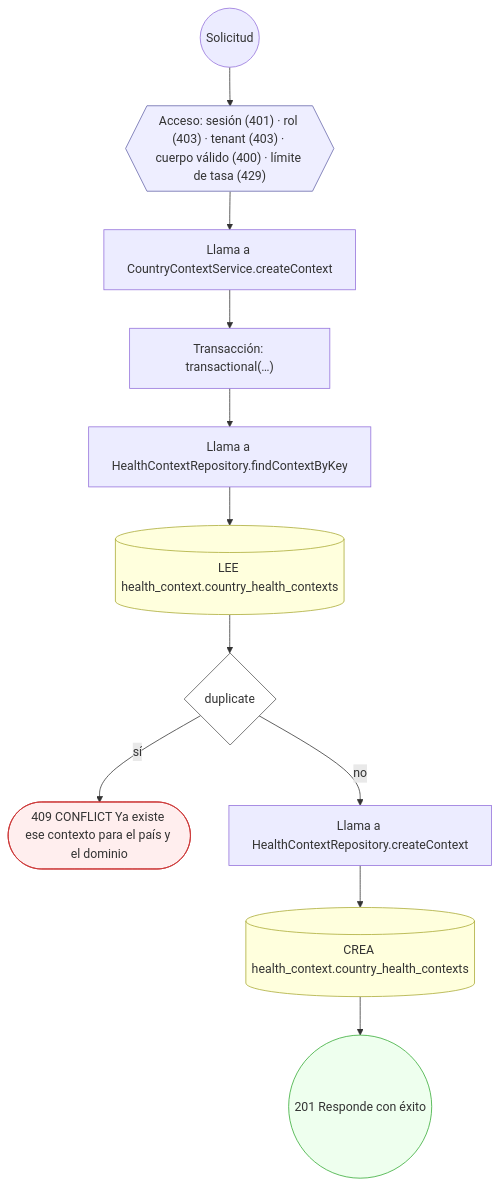
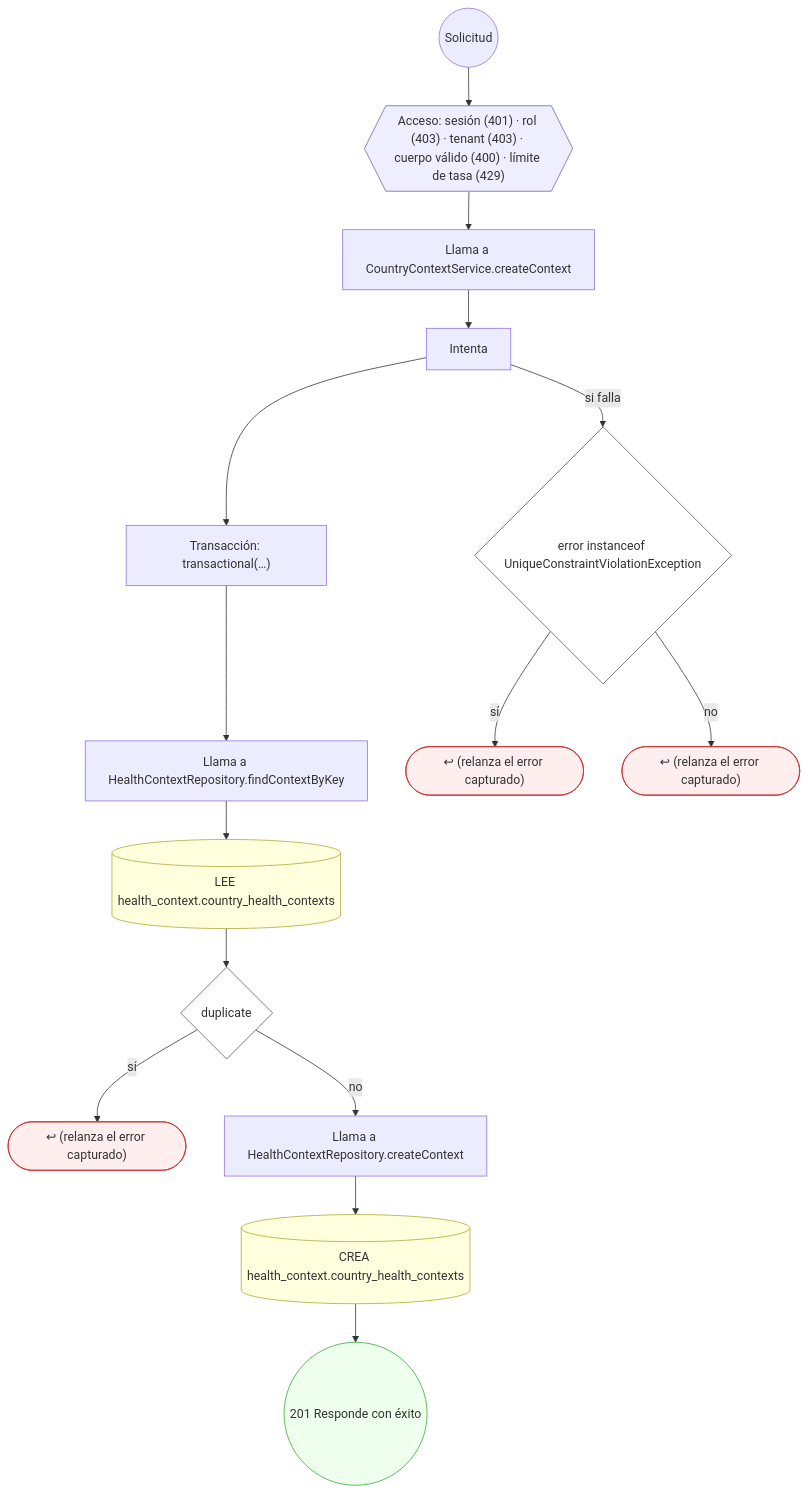
One commit to mdavila-2001/mantra-core-health-api changed the sixth of 14 diagrams in docs/inventario/flujos/health_context.md. Above: the diagram before and after it, drawn with Mermaid. The commit also changed other lines of this file and 438 other files, not shown here.

````diff
--- a/docs/inventario/flujos/health_context.md
+++ b/docs/inventario/flujos/health_context.md
@@ -428,30 +456,38 @@
 ```mermaid
 flowchart TD
   n1(("Solicitud")):::inicio
   n2{{"Acceso: sesión (401) · rol (403) · tenant (403) · cuerpo válido (400) · límite de tasa (429)"}}:::acceso
   n1 --> n2
   n3["Llama a CountryContextService.createContext"]:::llamada
   n2 --> n3
-  n4["Transacción: transactional(…)"]:::transaccion
+  n4["Intenta"]:::intento
   n3 --> n4
-  n5["Llama a HealthContextRepository.findContextByKey"]:::llamada
+  n5["Transacción: transactional(…)"]:::transaccion
   n4 --> n5
-  n6[("LEE health_context.country_health_contexts")]:::efecto
+  n6["Llama a HealthContextRepository.findContextByKey"]:::llamada
   n5 --> n6
-  n7{"duplicate"}:::decision
+  n7[("LEE health_context.country_health_contexts")]:::efecto
   n6 --> n7
-  n8(["409 CONFLICT Ya existe ese contexto para el país y el dominio"]):::error
-  n7 -->|"sí"| n8
-  n9["Llama a HealthContextRepository.createContext"]:::llamada
-  n7 -->|"no"| n9
-  n10[("CREA health_context.country_health_contexts")]:::efecto
-  n9 --> n10
-  n11(("201 Responde con éxito")):::ok
+  n8{"duplicate"}:::decision
+  n7 --> n8
+  n9(["↩ (relanza el error capturado)"]):::error
+  n8 -->|"sí"| n9
+  n10["Llama a HealthContextRepository.createContext"]:::llamada
+  n8 -->|"no"| n10
+  n11[("CREA health_context.country_health_contexts")]:::efecto
   n10 --> n11
+  n12{"error instanceof UniqueConstraintViolationException"}:::decision
+  n4 -->|"si falla"| n12
+  n13(["↩ (relanza el error capturado)"]):::error
+  n12 -->|"sí"| n13
+  n14(["↩ (relanza el error capturado)"]):::error
+  n12 -->|"no"| n14
+  n15(("201 Responde con éxito")):::ok
+  n11 --> n15
   classDef acceso fill:#eef,stroke:#66a
   classDef error fill:#fee,stroke:#c33
   classDef ok fill:#efe,stroke:#3a3
   classDef efecto fill:#ffd,stroke:#aa3
   classDef decision fill:#fff,stroke:#555
   classDef corte fill:#eee,stroke:#999,stroke-dasharray: 4
 ```
````
